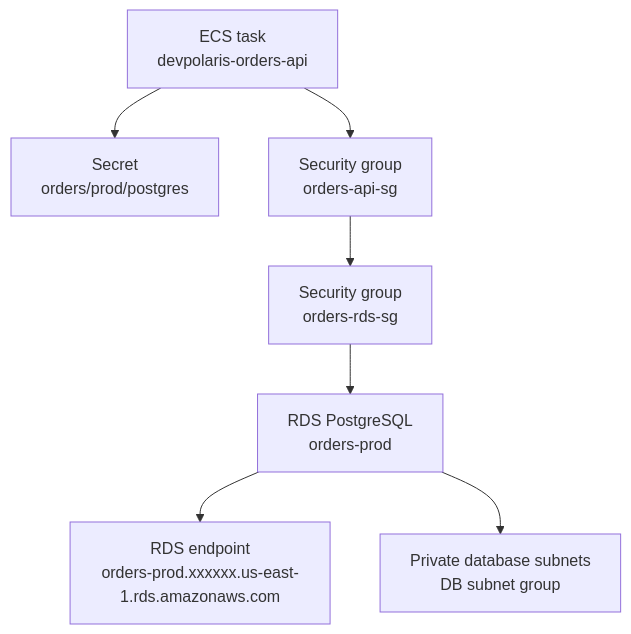
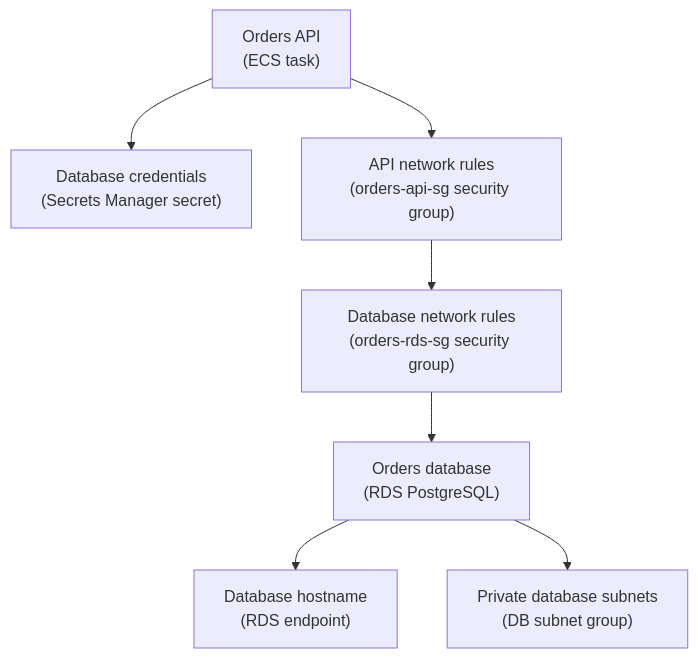
Before and after one commit to senlinyy/dev-roadmaps: the diagram in cloud-providers/aws/storage-databases/rds-relational-databases.md, drawn with Mermaid. The commit also changed 89 other files, not shown here.

````diff
--- a/cloud-providers/aws/storage-databases/rds-relational-databases.md
+++ b/cloud-providers/aws/storage-databases/rds-relational-databases.md
@@ -111,17 +111,17 @@
 ```mermaid
 flowchart TD
-    App["ECS task<br/>devpolaris-orders-api"]
-    Secret["Secret<br/>orders/prod/postgres"]
-    SGApp["Security group<br/>orders-api-sg"]
-    SGRds["Security group<br/>orders-rds-sg"]
-    Subnets["Private database subnets<br/>DB subnet group"]
-    RDS["RDS PostgreSQL<br/>orders-prod"]
-    Endpoint["RDS endpoint<br/>orders-prod.xxxxxx.us-east-1.rds.amazonaws.com"]
+    App["Orders API<br/>(ECS task)"]
+    Secret["Database credentials<br/>(Secrets Manager secret)"]
+    SGApp["API network rules<br/>(orders-api-sg security group)"]
+    SGRds["Database network rules<br/>(orders-rds-sg security group)"]
+    Subnets["Private database subnets<br/>(DB subnet group)"]
+    RDS["Orders database<br/>(RDS PostgreSQL)"]
+    Endpoint["Database hostname<br/>(RDS endpoint)"]
 
     App --> Secret
     App --> SGApp
     SGApp --> SGRds
     SGRds --> RDS
     RDS --> Endpoint
     RDS --> Subnets
 ```
````
